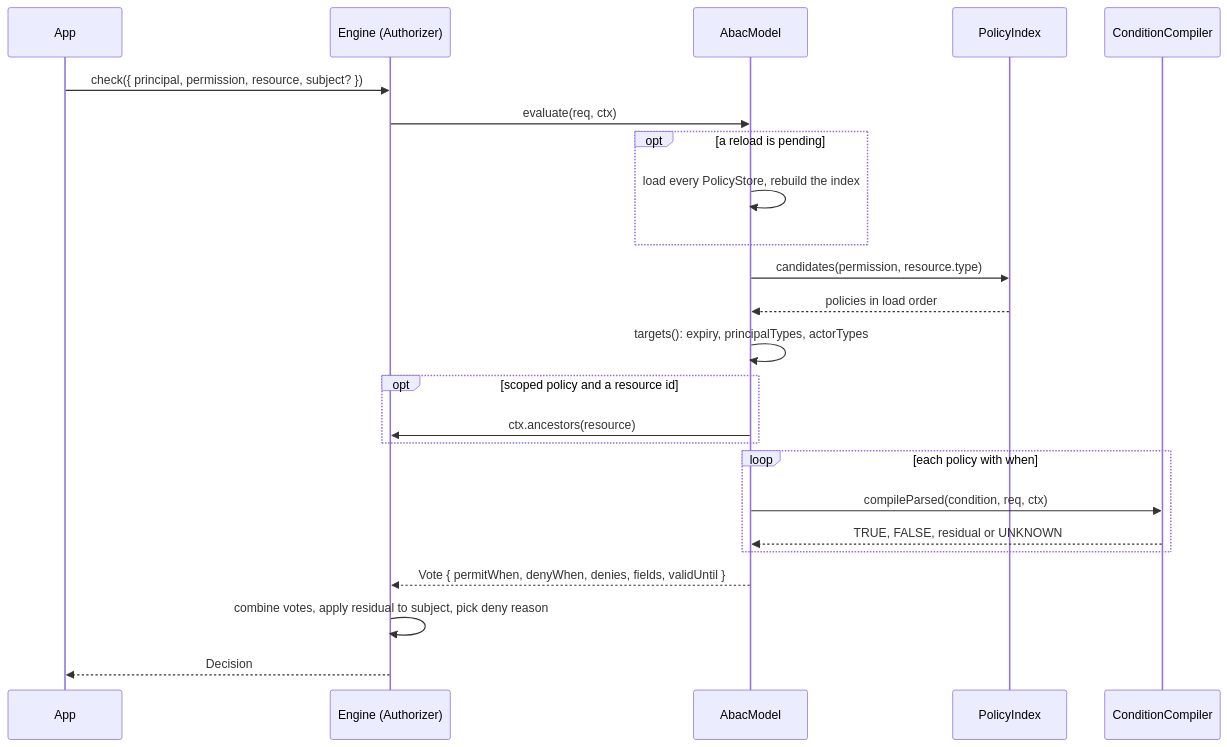
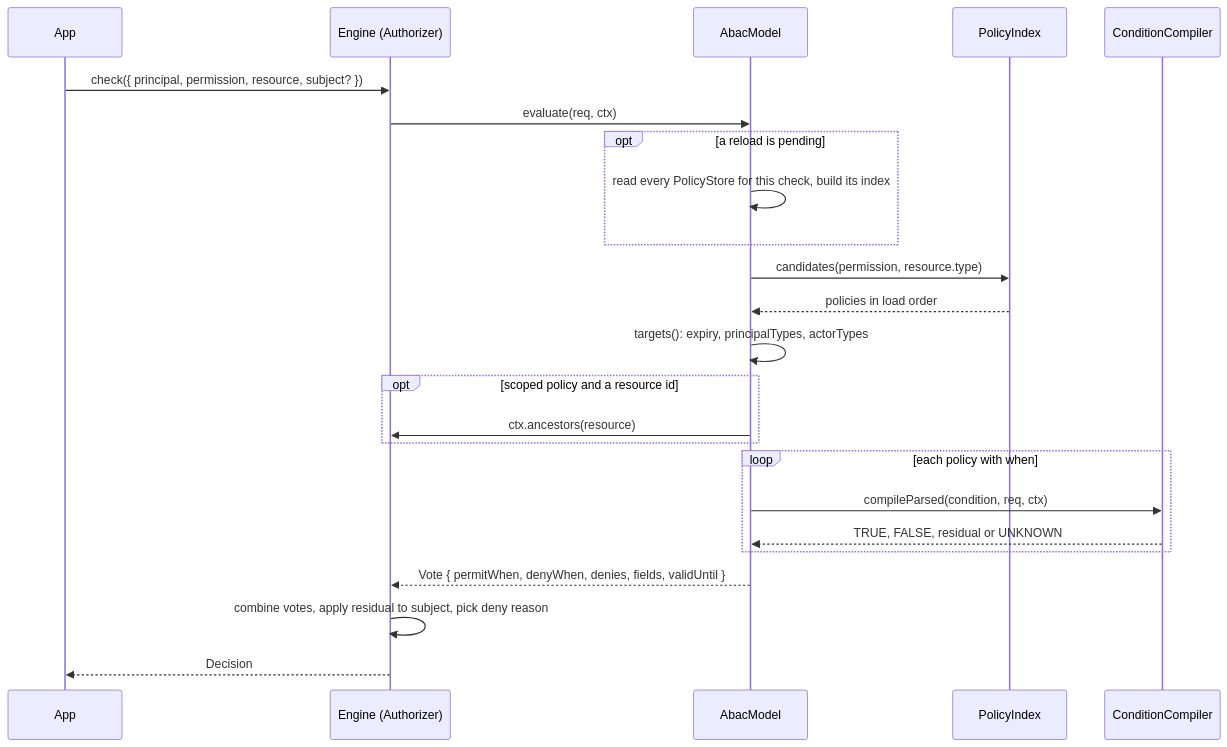
One commit to spinajs/main changed the diagram in docs/authz-abac/01-abac-model.md. Above: the diagram before and after it, drawn with Mermaid. The commit also changed other lines of this file and 4 other files, not shown here.

````diff
--- a/docs/authz-abac/01-abac-model.md
+++ b/docs/authz-abac/01-abac-model.md
@@ -45,26 +45,26 @@
 ```mermaid
 sequenceDiagram
   participant App
   participant E as Engine (Authorizer)
   participant M as AbacModel
   participant I as PolicyIndex
   participant C as ConditionCompiler
   App->>E: check({ principal, permission, resource, subject? })
   E->>M: evaluate(req, ctx)
   opt a reload is pending
-    M->>M: load every PolicyStore, rebuild the index
+    M->>M: read every PolicyStore for this check, build its index
   end
   M->>I: candidates(permission, resource.type)
   I-->>M: policies in load order
   M->>M: targets(): expiry, principalTypes, actorTypes
   opt scoped policy and a resource id
     M->>E: ctx.ancestors(resource)
   end
   loop each policy with when
     M->>C: compileParsed(condition, req, ctx)
     C-->>M: TRUE, FALSE, residual or UNKNOWN
   end
   M-->>E: Vote { permitWhen, denyWhen, denies, fields, validUntil }
   E->>E: combine votes, apply residual to subject, pick deny reason
   E-->>App: Decision
 ```
````
